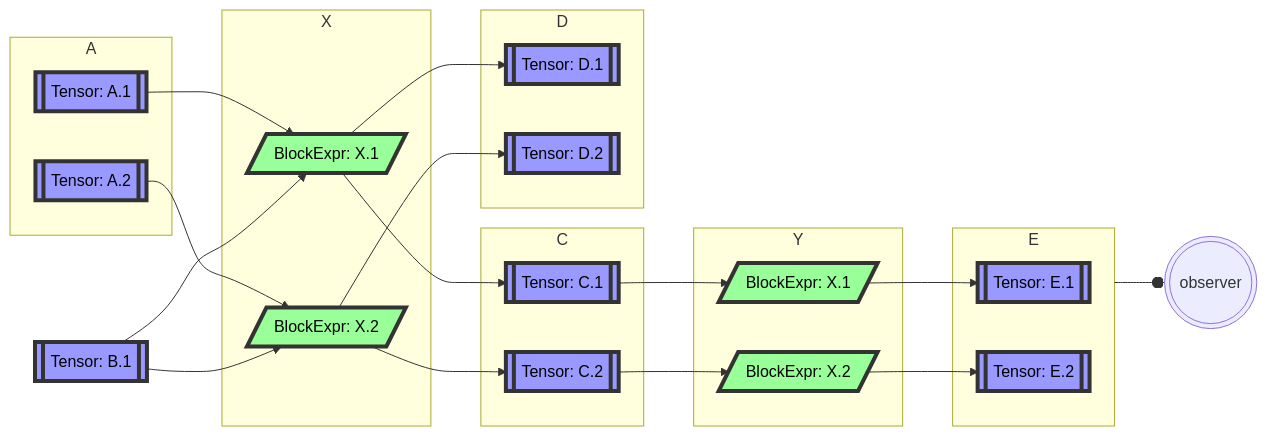
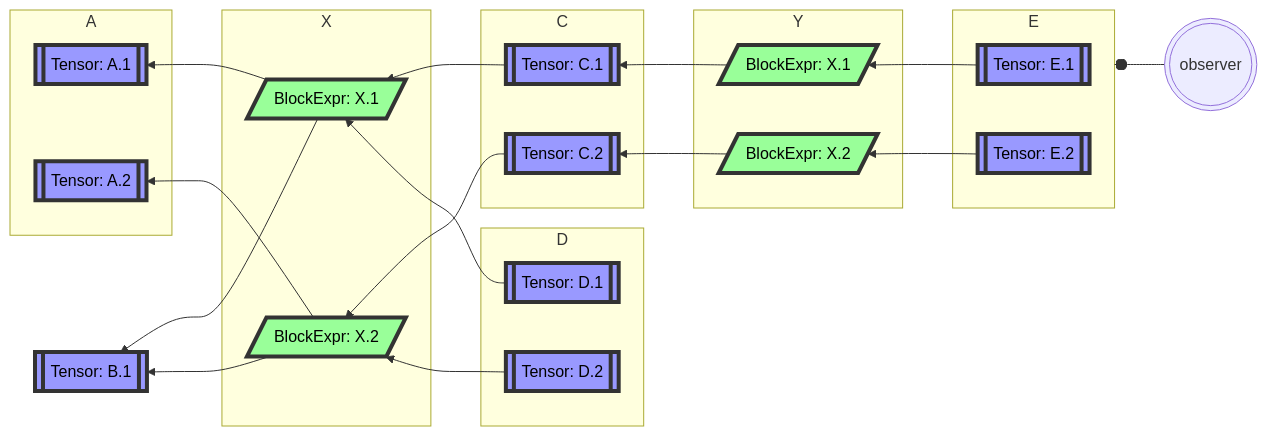
Before and after one commit to crutcher/tapestry: the third of 5 diagrams in java/src/main/java/loom/expressions/README.md, drawn with Mermaid. The commit also changed other lines of this file, not shown here.

````diff
--- a/java/src/main/java/loom/expressions/README.md
+++ b/java/src/main/java/loom/expressions/README.md
@@ -80,64 +89,64 @@
 ```mermaid
-flowchart LR
+flowchart RL
   classDef tensorValue fill:#99f,stroke:#333,stroke-width:4px,color:#000;
   classDef exprValue fill:#9f9,stroke:#333,stroke-width:4px,color:#000;
   
   subgraph A
   A.1[["Tensor: A.1"]]
   A.2[["Tensor: A.2"]]
   class A.1,A.2 tensorValue;
   end
   
   B[["Tensor: B.1"]]
   class B tensorValue;
   
   
-  A.1 --> X.1;
-  A.2 --> X.2;
-  B --> X.1;
-  B --> X.2;
+  X.1 --> A.1;
+  X.2 --> A.2;
+  X.1 --> B;
+  X.2 --> B;
   
   subgraph X
   X.1[/"BlockExpr: X.1"/]
   X.2[/"BlockExpr: X.2"/]
   class X.1,X.2 exprValue;
   end
   
   subgraph C
   C.1[["Tensor: C.1"]]
   C.2[["Tensor: C.2"]]
   class C.1,C.2 tensorValue;
   end
   
   subgraph D
   D.1[["Tensor: D.1"]]
   D.2[["Tensor: D.2"]]
   class D.1,D.2 tensorValue;
   end
   
-  X.1 --> C.1
-  X.2 --> C.2
+  C.1 --> X.1
+  C.2 --> X.2
   
-  X.1 --> D.1
-  X.2 --> D.2
+  D.1 --> X.1
+  D.2 --> X.2
   
-  C.1 --> Y.1
-  C.2 --> Y.2
+  Y.1 --> C.1
+  Y.2 --> C.2
   
   subgraph Y
   Y.1[/"BlockExpr: X.1"/]
   Y.2[/"BlockExpr: X.2"/]
   class Y.1,Y.2 exprValue;
   end
   
   subgraph E
   E.1[["Tensor: E.1"]]
   E.2[["Tensor: E.2"]]
   class E.1,E.2 tensorValue;
   end
-  Y.1 --> E.1;
-  Y.2 --> E.2;
+  E.1 --> Y.1;
+  E.2 --> Y.2;
   
   obs(((observer)));
-  E --o obs;
+  obs --o E;
 ```
````
